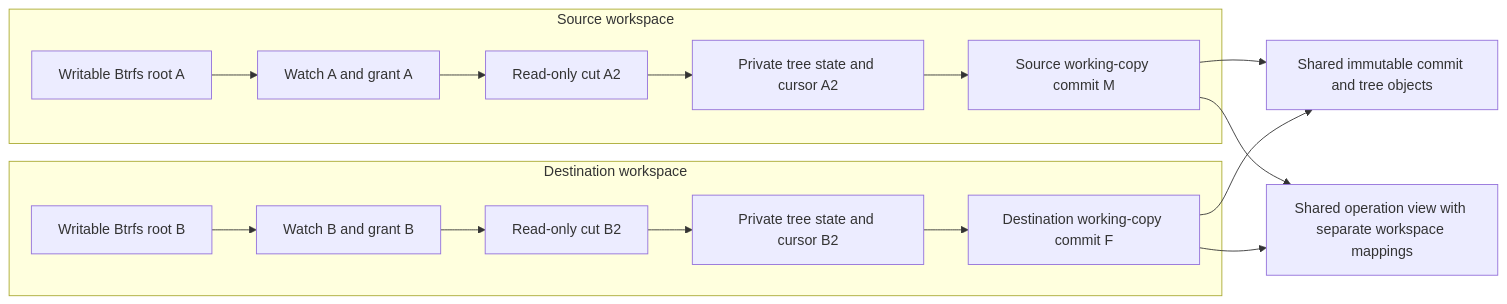
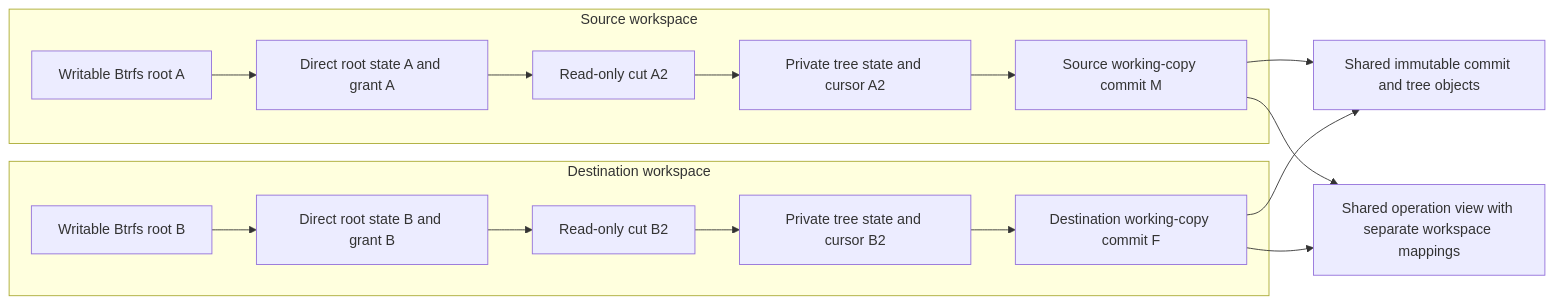
The second of 2 diagrams in btrfs-awacs/docs/src/content/docs/walkthroughs/first-worktree-changes.md (adamh-oai/jj), drawn with Mermaid before and after one commit. The commit also changed other lines of this file and 49 other files, not shown here.

````diff
--- a/btrfs-awacs/docs/src/content/docs/walkthroughs/first-worktree-changes.md
+++ b/btrfs-awacs/docs/src/content/docs/walkthroughs/first-worktree-changes.md
@@ -410,27 +380,27 @@
 ```mermaid
 flowchart LR
     subgraph Source["Source workspace"]
         RootA["Writable Btrfs root A"]
-        WatchA["Watch A and grant A"]
+        WatchA["Direct root state A and grant A"]
         CutA["Read-only cut A2"]
         StateA["Private tree state and cursor A2"]
         CommitA["Source working-copy commit M"]
         RootA --> WatchA --> CutA --> StateA --> CommitA
     end
 
     subgraph Child["Destination workspace"]
         RootB["Writable Btrfs root B"]
-        WatchB["Watch B and grant B"]
+        WatchB["Direct root state B and grant B"]
         CutB["Read-only cut B2"]
         StateB["Private tree state and cursor B2"]
         CommitB["Destination working-copy commit F"]
         RootB --> WatchB --> CutB --> StateB --> CommitB
     end
 
     Objects["Shared immutable commit and tree objects"]
     View["Shared operation view with separate workspace mappings"]
     CommitA --> Objects
     CommitB --> Objects
     CommitA --> View
     CommitB --> View
 ```
````
